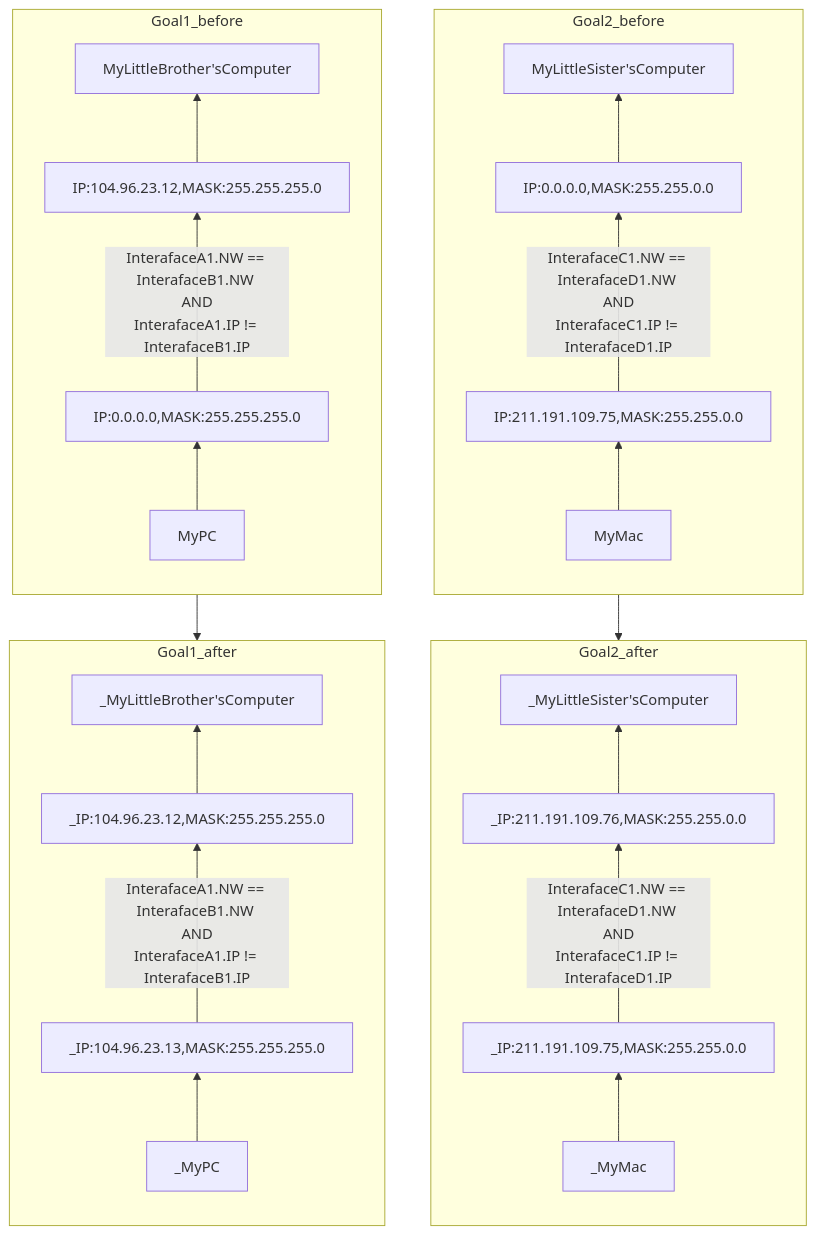
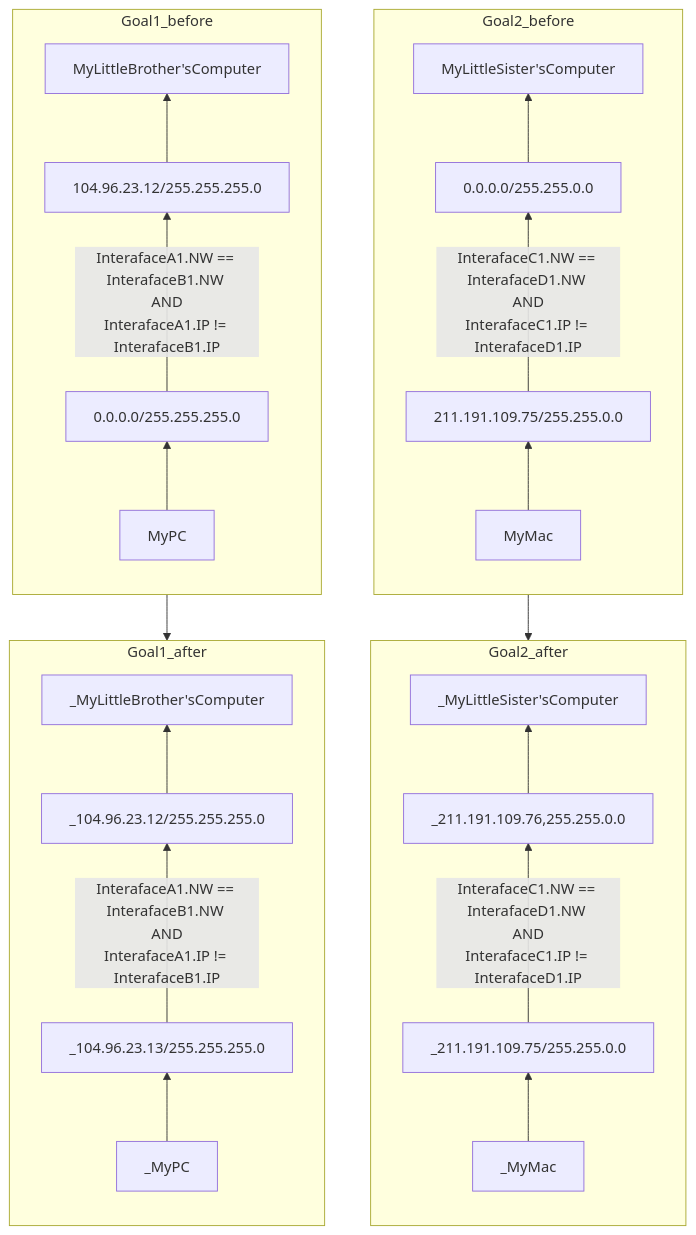
Before and after one commit to rikeda-cloud/net_practice: the second of 2 diagrams in level1.md, drawn with Mermaid. The commit also changed other lines of this file and 2 other files, not shown here.

````diff
--- a/level1.md
+++ b/level1.md
@@ -24,27 +24,27 @@
 ```mermaid
 flowchart
 
 Goal2_before-->Goal2_after
 subgraph Goal2_before
     direction BT
-    MyMac-->IP:211.191.109.75,MASK:255.255.0.0-- InterafaceC1.NW == InterafaceD1.NW <br>AND<br>InterafaceC1.IP != InterafaceD1.IP-->IP:0.0.0.0,MASK:255.255.0.0-->MyLittleSister'sComputer
+    MyMac-->211.191.109.75/255.255.0.0-- InterafaceC1.NW == InterafaceD1.NW <br>AND<br>InterafaceC1.IP != InterafaceD1.IP-->0.0.0.0/255.255.0.0-->MyLittleSister'sComputer
 end
 
 subgraph Goal2_after
     direction BT
-    _MyMac-->_IP:211.191.109.75,MASK:255.255.0.0-- InterafaceC1.NW == InterafaceD1.NW <br>AND<br>InterafaceC1.IP != InterafaceD1.IP-->_IP:211.191.109.76,MASK:255.255.0.0-->_MyLittleSister'sComputer
+    _MyMac-->_211.191.109.75/255.255.0.0-- InterafaceC1.NW == InterafaceD1.NW <br>AND<br>InterafaceC1.IP != InterafaceD1.IP-->_211.191.109.76,255.255.0.0-->_MyLittleSister'sComputer
 end
 
 
 Goal1_before-->Goal1_after
 subgraph Goal1_before
     direction BT
-    MyPC-->IP:0.0.0.0,MASK:255.255.255.0-- InterafaceA1.NW == InterafaceB1.NW <br>AND<br>InterafaceA1.IP != InterafaceB1.IP-->IP:104.96.23.12,MASK:255.255.255.0-->MyLittleBrother'sComputer
+    MyPC-->0.0.0.0/255.255.255.0-- InterafaceA1.NW == InterafaceB1.NW <br>AND<br>InterafaceA1.IP != InterafaceB1.IP-->104.96.23.12/255.255.255.0-->MyLittleBrother'sComputer
 end
 
 subgraph Goal1_after
     direction BT
-    _MyPC-->_IP:104.96.23.13,MASK:255.255.255.0-- InterafaceA1.NW == InterafaceB1.NW <br>AND<br>InterafaceA1.IP != InterafaceB1.IP-->_IP:104.96.23.12,MASK:255.255.255.0-->_MyLittleBrother'sComputer
+    _MyPC-->_104.96.23.13/255.255.255.0-- InterafaceA1.NW == InterafaceB1.NW <br>AND<br>InterafaceA1.IP != InterafaceB1.IP-->_104.96.23.12/255.255.255.0-->_MyLittleBrother'sComputer
 end
 
 ```
````
